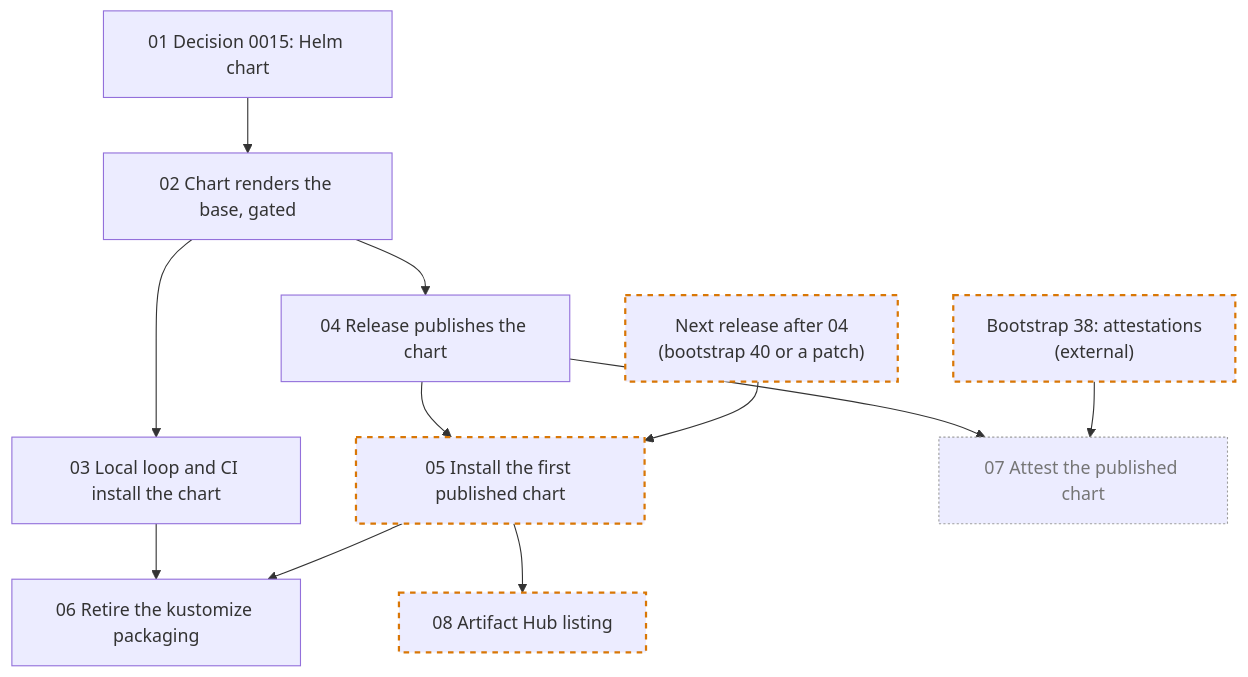
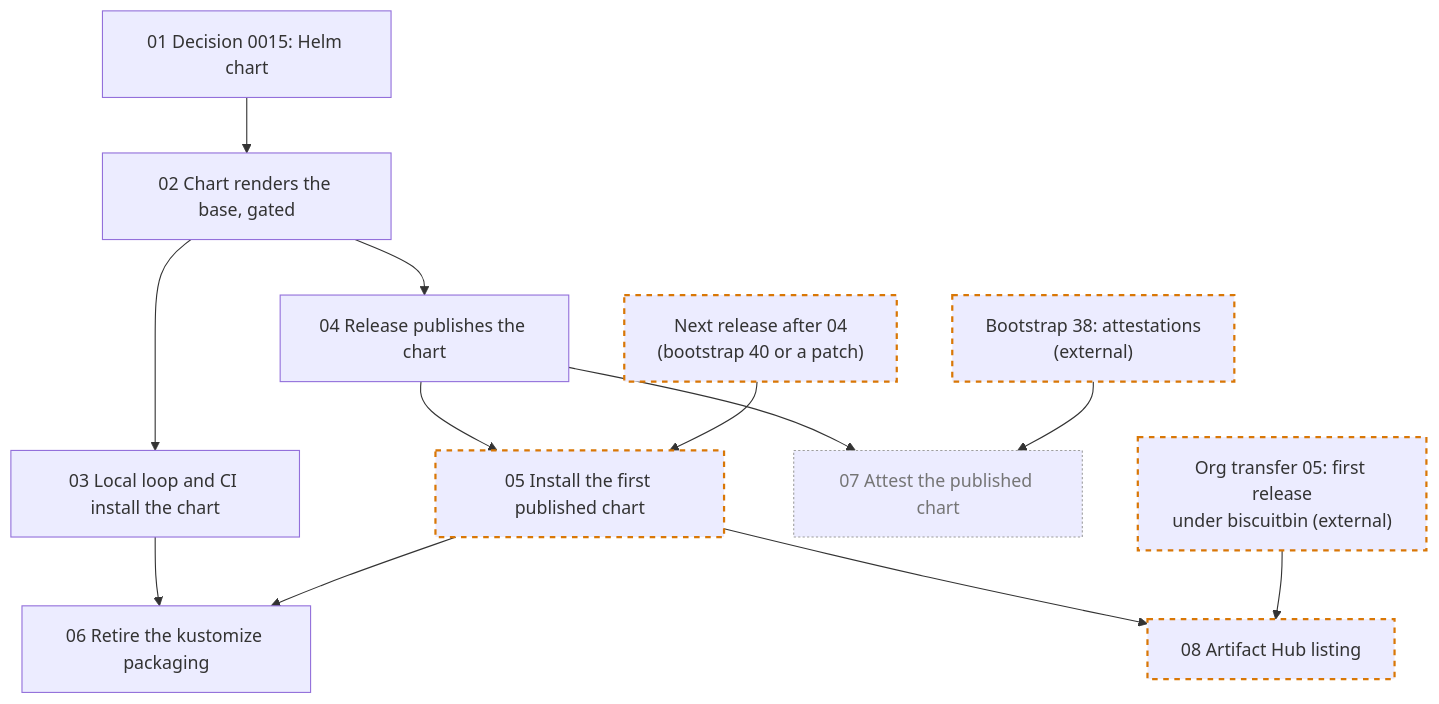
One commit to BiscuitBin/knarr changed the diagram in .scratch/helm-chart/README.md. Above: the diagram before and after it, drawn with Mermaid. The commit also changed other lines of this file and 14 other files, not shown here.

First line of the commit message:
Record Decision 0016: knarr's home is the biscuitbin org

````diff
--- a/.scratch/helm-chart/README.md
+++ b/.scratch/helm-chart/README.md
@@ -7,27 +7,29 @@
 ```mermaid
 flowchart TD
     H01["01 Decision 0015: Helm chart"]
     H02["02 Chart renders the base, gated"]
     H03["03 Local loop and CI install the chart"]
     H04["04 Release publishes the chart"]
     H05["05 Install the first published chart"]:::human
     H06["06 Retire the kustomize packaging"]
     H07["07 Attest the published chart"]:::offpath
     H08["08 Artifact Hub listing"]:::human
     REL["Next release after 04<br/>(bootstrap 40 or a patch)"]:::human
     B38["Bootstrap 38: attestations<br/>(external)"]:::human
+    O05["Org transfer 05: first release<br/>under biscuitbin (external)"]:::human
 
     H01 --> H02
     H02 --> H03
     H02 --> H04
     H04 --> H05
     REL --> H05
     H03 --> H06
     H05 --> H06
     H04 --> H07
     B38 --> H07
     H05 --> H08
+    O05 --> H08
 
     classDef human stroke:#d97706,stroke-width:2px,stroke-dasharray:5 5
     classDef offpath stroke:#9e9e9e,stroke-dasharray:2 2,color:#757575
 ```
````
